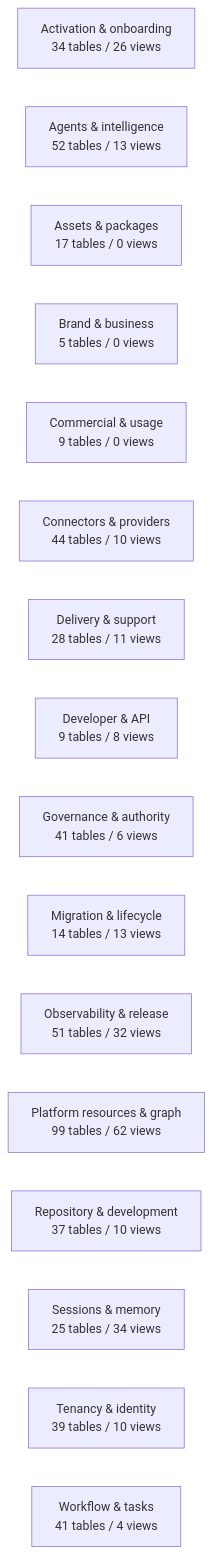
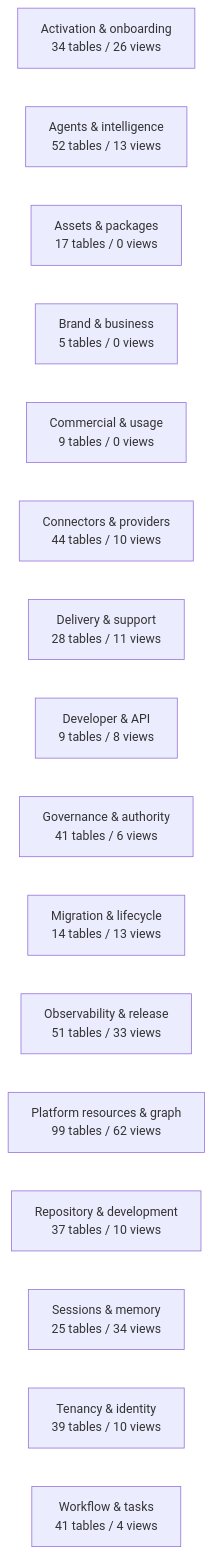
Before and after one commit to mad4bdigital-ai/multi-business-multi-role-growth-intelligence-os: the diagram in docs/work-maps/data-model-domain-map.md, drawn with Mermaid. The commit also changed other lines of this file and 7 other files, not shown here.

````diff
--- a/docs/work-maps/data-model-domain-map.md
+++ b/docs/work-maps/data-model-domain-map.md
@@ -9,19 +9,19 @@
 ```mermaid
 flowchart LR
   n_Activation___onboarding["Activation & onboarding<br/>34 tables / 26 views"]
   n_Agents___intelligence["Agents & intelligence<br/>52 tables / 13 views"]
   n_Assets___packages["Assets & packages<br/>17 tables / 0 views"]
   n_Brand___business["Brand & business<br/>5 tables / 0 views"]
   n_Commercial___usage["Commercial & usage<br/>9 tables / 0 views"]
   n_Connectors___providers["Connectors & providers<br/>44 tables / 10 views"]
   n_Delivery___support["Delivery & support<br/>28 tables / 11 views"]
   n_Developer___API["Developer & API<br/>9 tables / 8 views"]
   n_Governance___authority["Governance & authority<br/>41 tables / 6 views"]
   n_Migration___lifecycle["Migration & lifecycle<br/>14 tables / 13 views"]
-  n_Observability___release["Observability & release<br/>51 tables / 32 views"]
+  n_Observability___release["Observability & release<br/>51 tables / 33 views"]
   n_Platform_resources___graph["Platform resources & graph<br/>99 tables / 62 views"]
   n_Repository___development["Repository & development<br/>37 tables / 10 views"]
   n_Sessions___memory["Sessions & memory<br/>25 tables / 34 views"]
   n_Tenancy___identity["Tenancy & identity<br/>39 tables / 10 views"]
   n_Workflow___tasks["Workflow & tasks<br/>41 tables / 4 views"]
 ```
````
